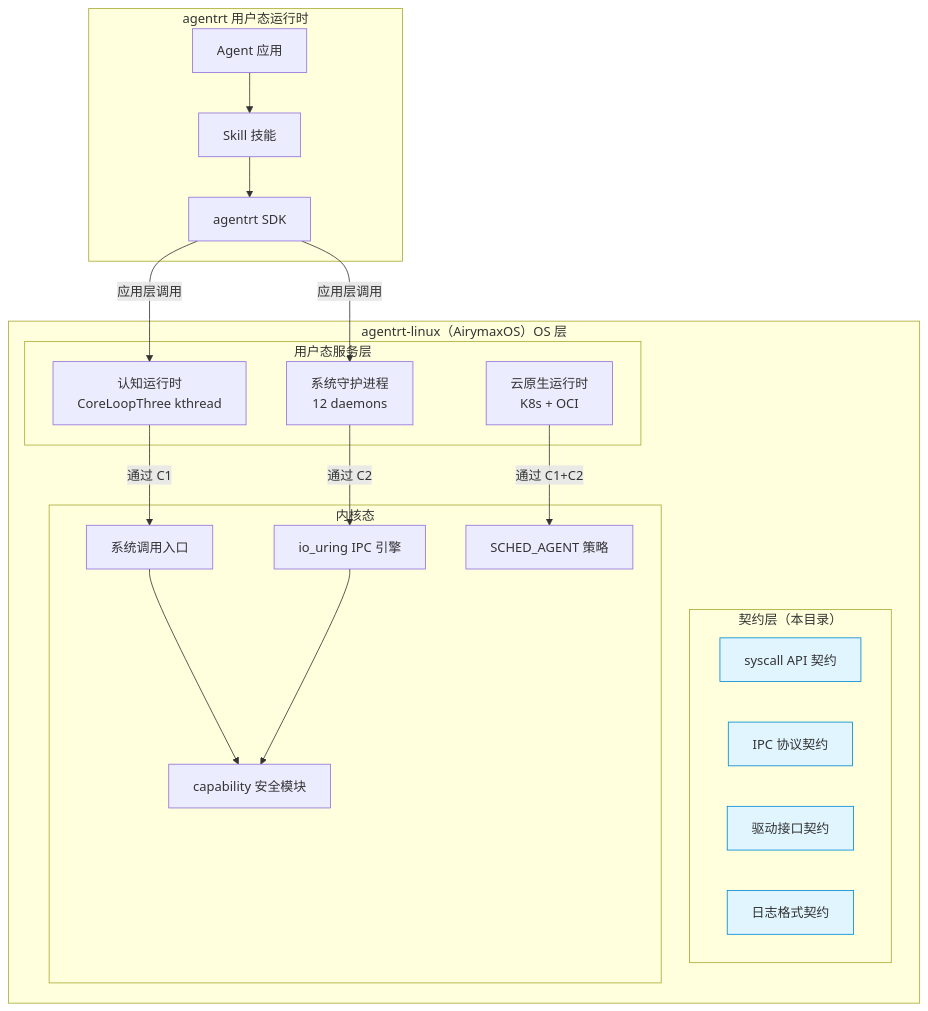
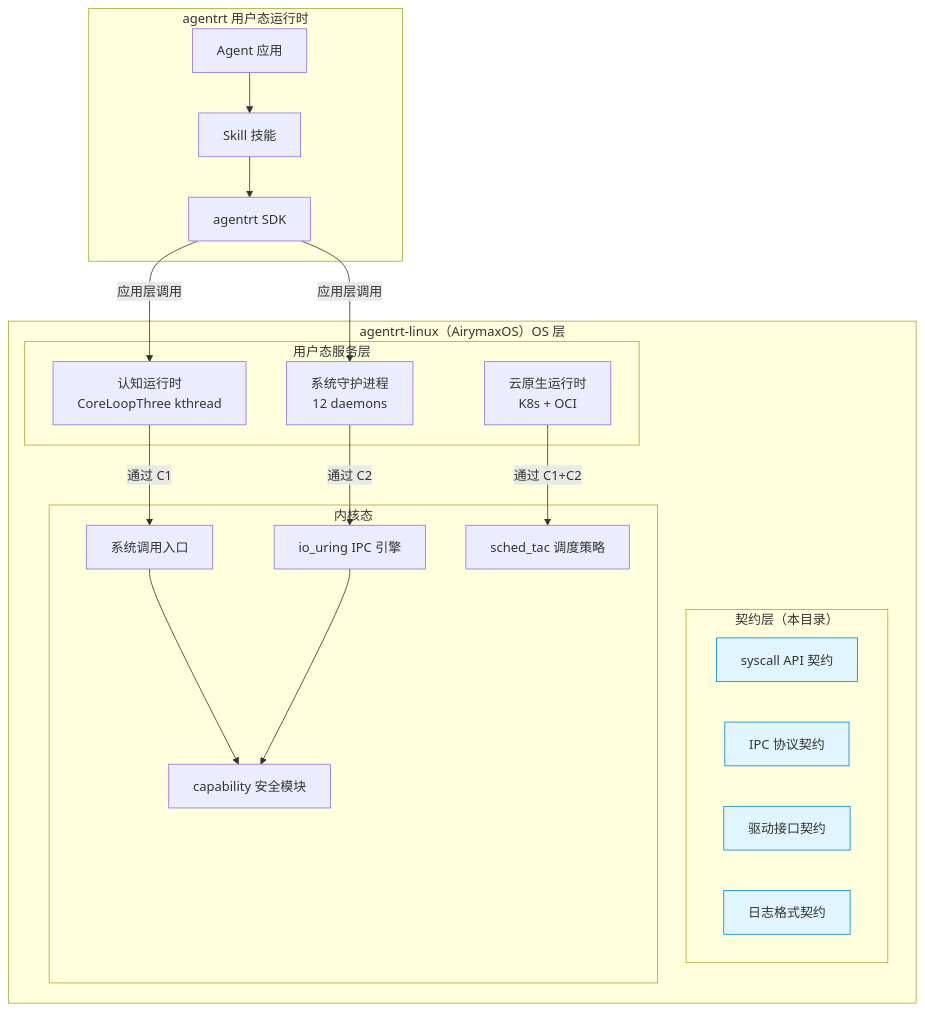
One commit to openairymax/docs-linux changed the first of 2 diagrams in 50-engineering-standards/20-contracts/README.md. Above: the diagram before and after it, drawn with Mermaid. The commit also changed other lines of this file and 181 other files, not shown here.

Commit message:
docs: 批量更新文档中的IRON-9版本与调度器命名 1. 将所有IRON-9 v2引用升级为IRON-9 v3，统一四层共享模型版本号 2. 将方案C-Prime、AIRY_SCHED_AGENT相关表述替换为sched_tac、stc_agent 3. 更新OpenStandards/README.md的许可证信息为CC-BY-4.0

````diff
--- a/50-engineering-standards/20-contracts/README.md
+++ b/50-engineering-standards/20-contracts/README.md
@@ -36,42 +36,42 @@
 ```mermaid
 graph TB
     subgraph "agentrt 用户态运行时"
         A1[Agent 应用]
         A2[Skill 技能]
         A3[agentrt SDK]
     end
 
     subgraph "agentrt-linux（AirymaxOS）OS 层"
         subgraph "用户态服务层"
             B1[认知运行时<br/>CoreLoopThree kthread]
             B2[系统守护进程<br/>12 daemons]
             B3[云原生运行时<br/>K8s + OCI]
         end
         subgraph "契约层（本目录）"
             C1[syscall API 契约]
             C2[IPC 协议契约]
             C3[驱动接口契约]
             C4[日志格式契约]
         end
         subgraph "内核态"
             D1[系统调用入口]
             D2[io_uring IPC 引擎]
-            D3[SCHED_AGENT 策略]
+            D3[sched_tac 调度策略]
             D4[capability 安全模块]
         end
     end
 
     A1 --> A2 --> A3
     A3 -->|"应用层调用"| B1
     A3 -->|"应用层调用"| B2
     B1 -->|"通过 C1"| D1
     B2 -->|"通过 C2"| D2
     B3 -->|"通过 C1+C2"| D3
     D1 --> D4
     D2 --> D4
 
     style C1 fill:#e1f5fe,stroke:#0288d1
     style C2 fill:#e1f5fe,stroke:#0288d1
     style C3 fill:#e1f5fe,stroke:#0288d1
     style C4 fill:#e1f5fe,stroke:#0288d1
 ```
````
